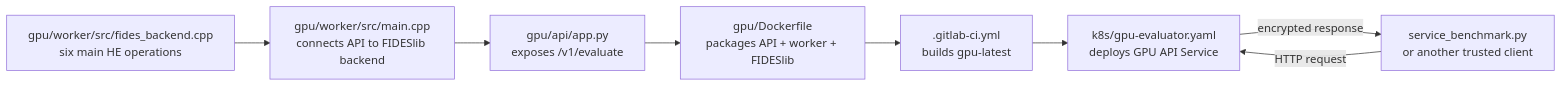
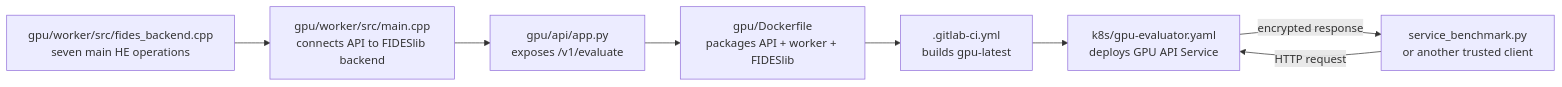
Before and after one commit to Nhatcao1/k3s-demo-gitops: the diagram in docs/what-we-are-building.md, drawn with Mermaid. The commit also changed other lines of this file and 5 other files, not shown here.

````diff
--- a/docs/what-we-are-building.md
+++ b/docs/what-we-are-building.md
@@ -90,14 +89,14 @@
 ```mermaid
 flowchart LR
-    HE["gpu/worker/src/fides_backend.cpp<br/>six main HE operations"]
+    HE["gpu/worker/src/fides_backend.cpp<br/>seven main HE operations"]
     WORKER["gpu/worker/src/main.cpp<br/>connects API to FIDESlib backend"]
     API["gpu/api/app.py<br/>exposes /v1/evaluate"]
     IMAGE["gpu/Dockerfile<br/>packages API + worker + FIDESlib"]
     CI[".gitlab-ci.yml<br/>builds gpu-latest"]
     K8S["k8s/gpu-evaluator.yaml<br/>deploys GPU API Service"]
     CLIENT["service_benchmark.py<br/>or another trusted client"]
 
     HE --> WORKER --> API --> IMAGE --> CI --> K8S
     CLIENT -->|"HTTP request"| K8S
     K8S -->|"encrypted response"| CLIENT
 ```
````
